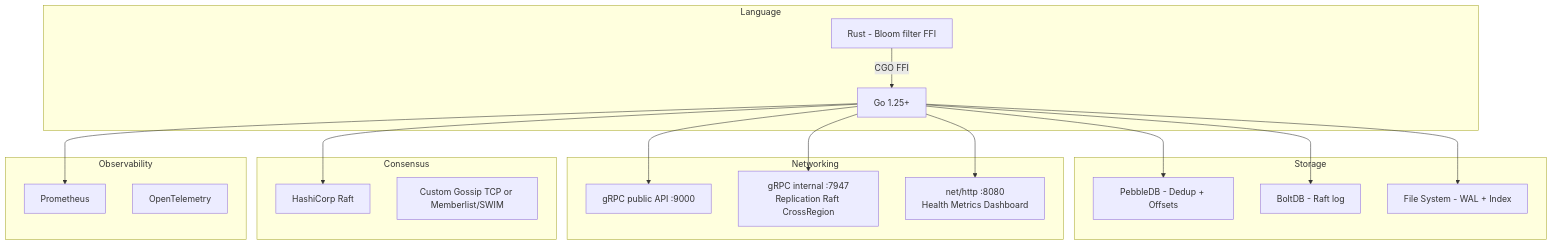
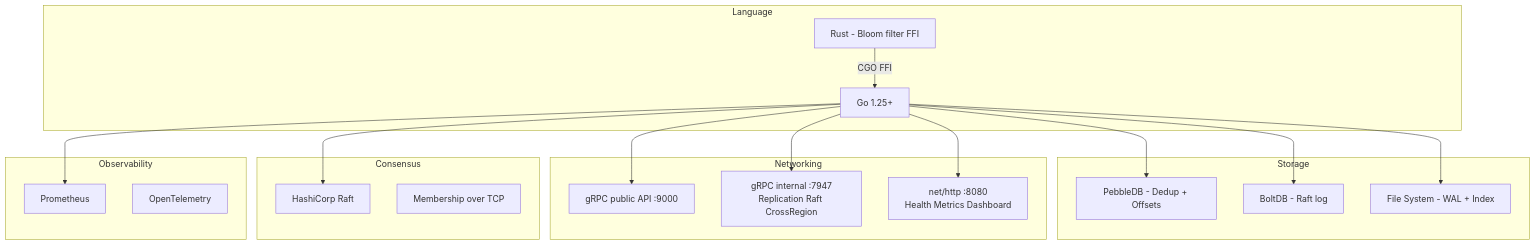
Before and after one commit to jatin711-debug/cronos_db_golang: diagram 46 of 47 in ARCHITECTURE.md, drawn with Mermaid. The commit also changed other lines of this file and 9 other files, not shown here.

````diff
--- a/ARCHITECTURE.md
+++ b/ARCHITECTURE.md
@@ -1556,39 +1560,39 @@
 ```mermaid
 graph TB
     subgraph Language
         GO[Go 1.25+]
         RUST[Rust - Bloom filter FFI]
     end
 
     subgraph Storage
         PEBBLE[PebbleDB - Dedup + Offsets]
         BOLT[BoltDB - Raft log]
         FS[File System - WAL + Index]
     end
 
     subgraph Networking
         GRPC[gRPC public API :9000]
         IGRPC[gRPC internal :7947<br/>Replication Raft CrossRegion]
         HTTP[net/http :8080<br/>Health Metrics Dashboard]
     end
 
     subgraph Consensus
         HRAFT[HashiCorp Raft]
-        GOSSIP[Custom Gossip TCP or Memberlist/SWIM]
+        GOSSIP[Membership over TCP]
     end
 
     subgraph Observability
         PROM[Prometheus]
         OTEL[OpenTelemetry]
     end
 
     GO --> PEBBLE
     GO --> BOLT
     GO --> FS
     GO --> GRPC
     GO --> IGRPC
     GO --> HTTP
     GO --> HRAFT
     GO --> PROM
     RUST -->|CGO FFI| GO
 ```
````
